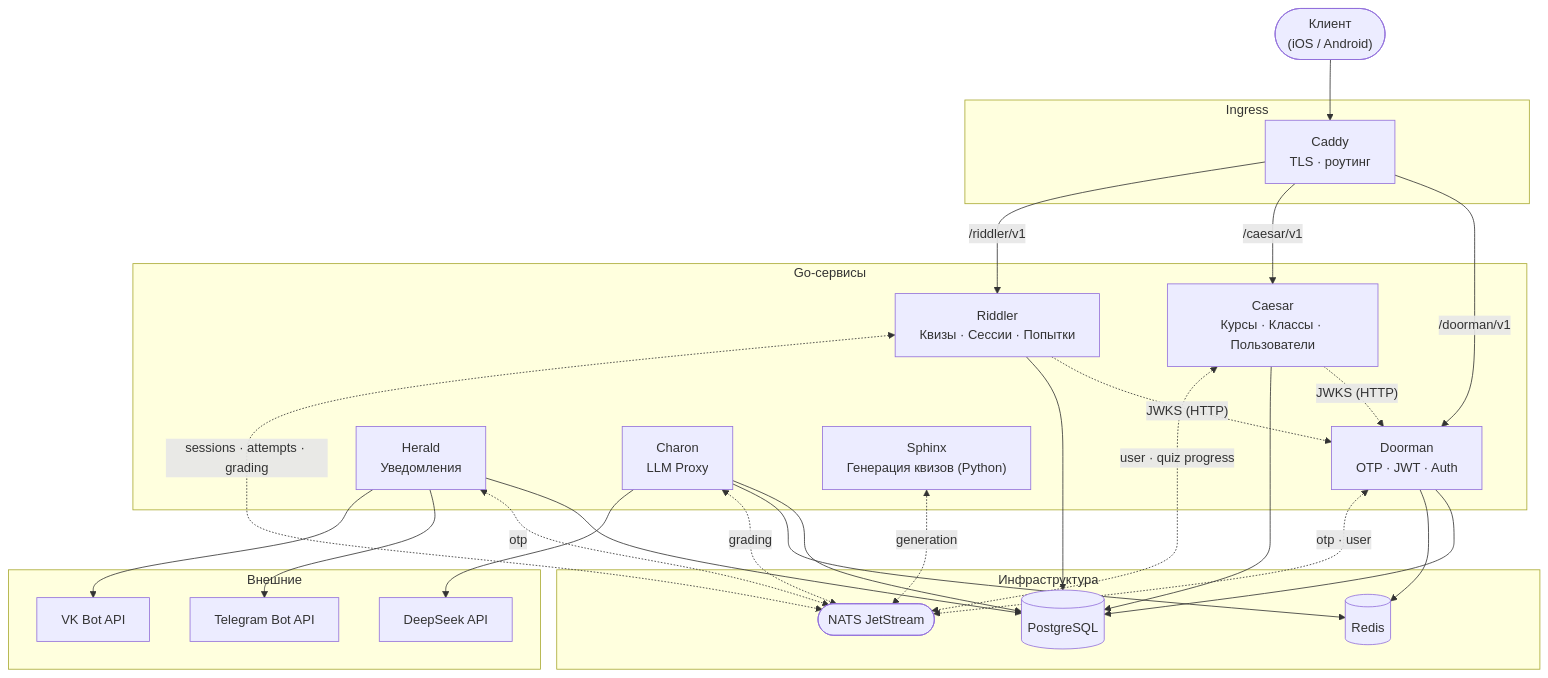
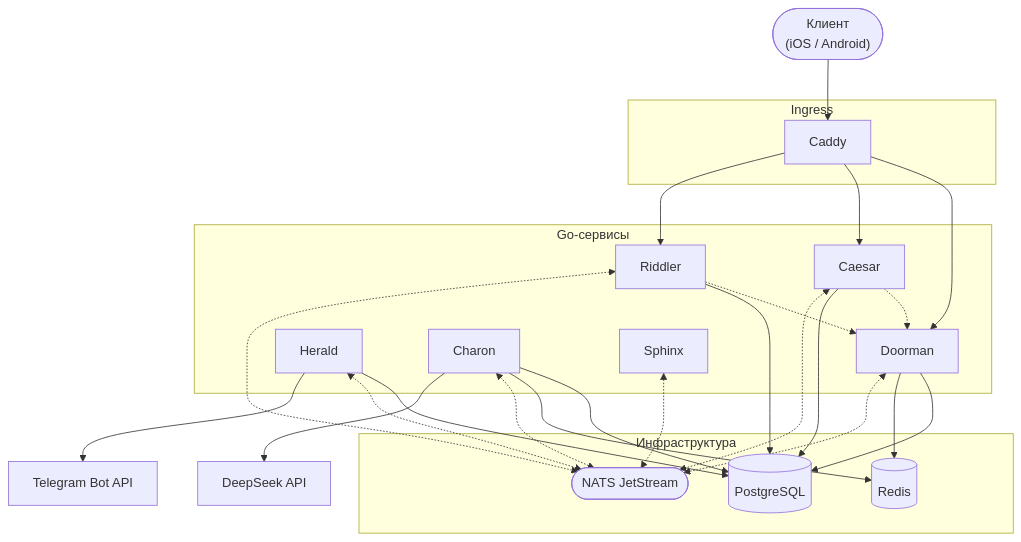
The diagram in README.md (OlympGuideTeam/edium-backend), drawn with Mermaid before and after one commit.

Commit message:
Упрощение диаграммы архитектуры в README
Убраны VK, метки маршрутов и топики NATS — оставлена только структура сервисов.

````diff
--- a/README.md
+++ b/README.md
@@ -7,49 +7,39 @@
 ```mermaid
 flowchart TD
     Client(["Клиент\n(iOS / Android)"])
 
     subgraph ingress ["Ingress"]
-        Caddy["Caddy\nTLS · роутинг"]
+        Caddy["Caddy"]
     end
 
     subgraph services ["Go-сервисы"]
-        Doorman["Doorman\nOTP · JWT · Auth"]
-        Caesar["Caesar\nКурсы · Классы · Пользователи"]
-        Riddler["Riddler\nКвизы · Сессии · Попытки"]
-        Herald["Herald\nУведомления"]
-        Charon["Charon\nLLM Proxy"]
-        Sphinx["Sphinx\nГенерация квизов (Python)"]
+        Doorman["Doorman"]
+        Caesar["Caesar"]
+        Riddler["Riddler"]
+        Herald["Herald"]
+        Charon["Charon"]
+        Sphinx["Sphinx"]
     end
 
     subgraph infra ["Инфраструктура"]
         NATS(["NATS JetStream"])
         PG[("PostgreSQL")]
         Redis[("Redis")]
     end
 
-    subgraph external ["Внешние"]
-        TG["Telegram Bot API"]
-        VK["VK Bot API"]
-        DS["DeepSeek API"]
-    end
+    TG["Telegram Bot API"]
+    DS["DeepSeek API"]
 
     Client --> Caddy
-    Caddy -->|"/doorman/v1"| Doorman
-    Caddy -->|"/caesar/v1"| Caesar
-    Caddy -->|"/riddler/v1"| Riddler
+    Caddy --> Doorman & Caesar & Riddler
 
-    Caesar & Riddler -.->|"JWKS (HTTP)"| Doorman
+    Caesar & Riddler -.-> Doorman
 
     Doorman & Caesar & Riddler & Herald & Charon --> PG
     Doorman & Charon --> Redis
 
-    Doorman <-.->|"otp · user"| NATS
-    Herald  <-.->|"otp"| NATS
-    Caesar  <-.->|"user · quiz progress"| NATS
-    Riddler <-.->|"sessions · attempts · grading"| NATS
-    Charon  <-.->|"grading"| NATS
-    Sphinx  <-.->|"generation"| NATS
+    Doorman & Herald & Caesar & Riddler & Charon & Sphinx <-.-> NATS
 
-    Herald --> TG & VK
+    Herald --> TG
     Charon --> DS
 ```
````
